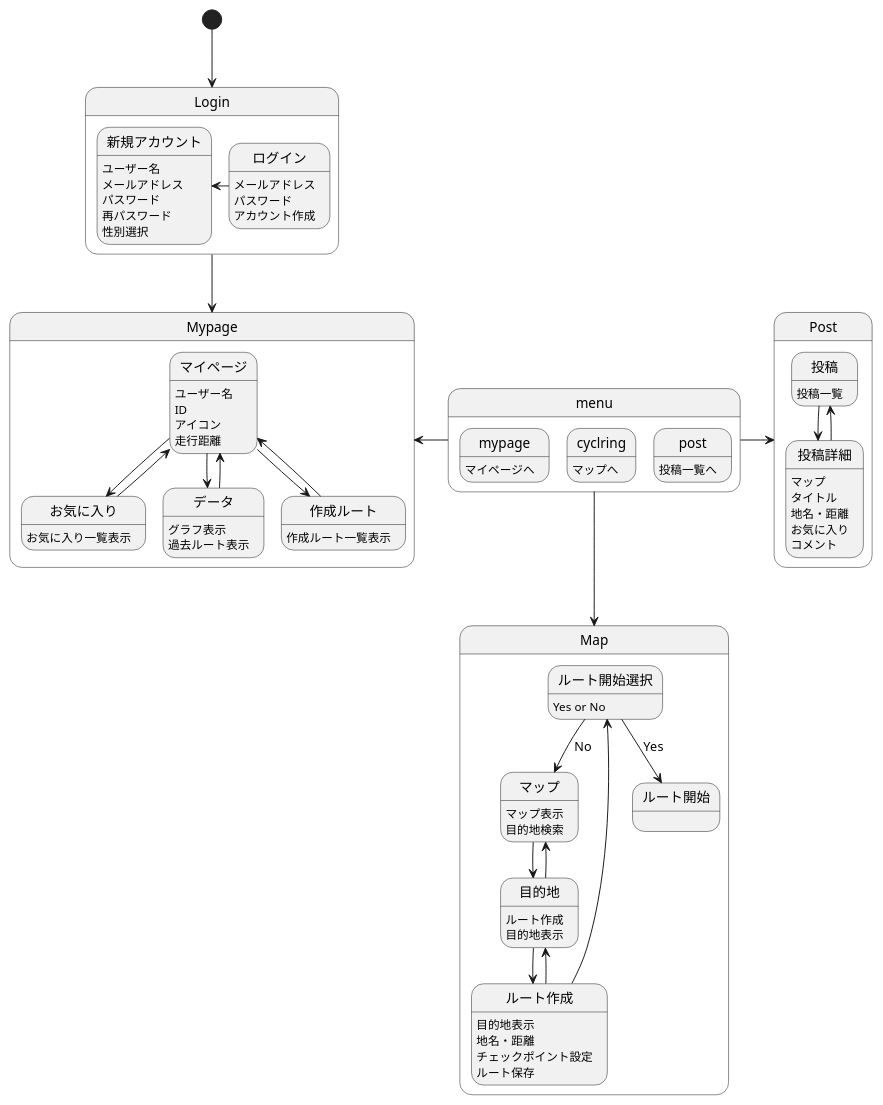
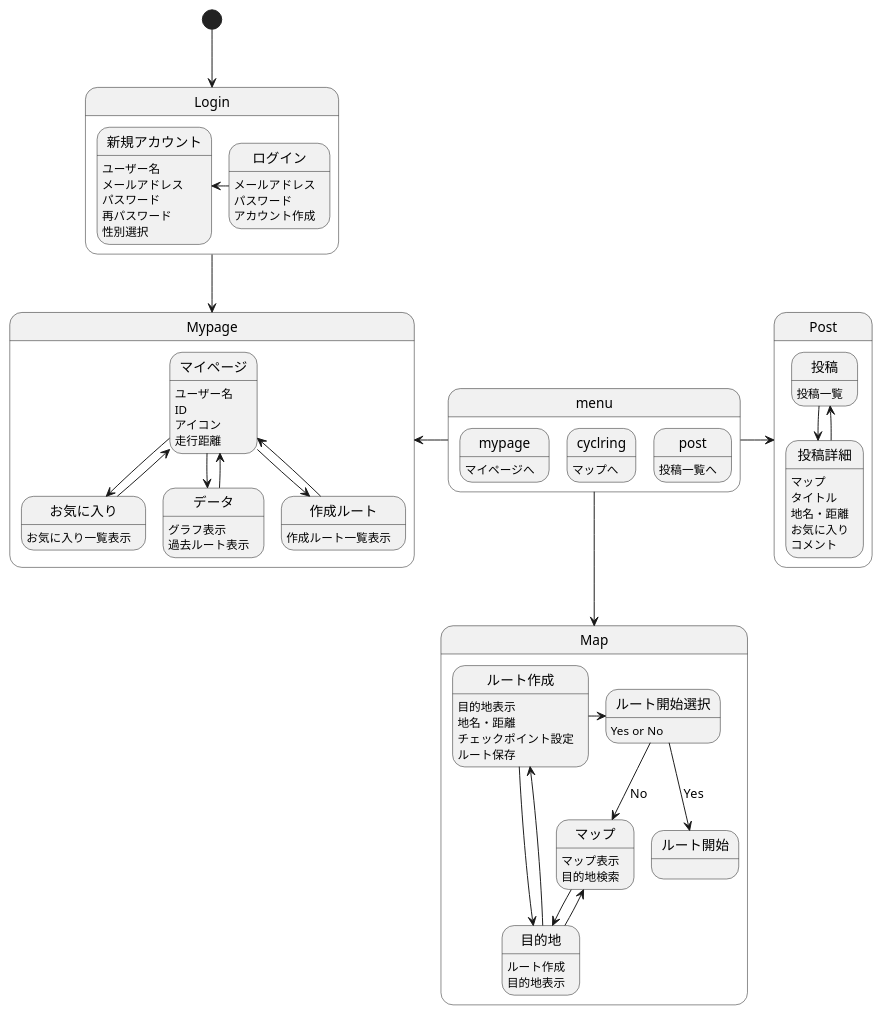
Before and after one commit to AsoSD3A3/CyclingSystem: the diagram in 画面遷移図/gm.md, drawn with PlantUML.

```diff
--- a/画面遷移図/gm.md
+++ b/画面遷移図/gm.md
@@ -60,7 +60,7 @@
 ルート作成:地名・距離
 ルート作成:チェックポイント設定
 ルート作成:ルート保存
-ルート作成-up->ルート開始選択
+ルート作成-right->ルート開始選択
 ルート開始選択:Yes or No
 ルート開始選択-->ルート開始 :Yes
 ルート開始選択-->マップ :No
```
